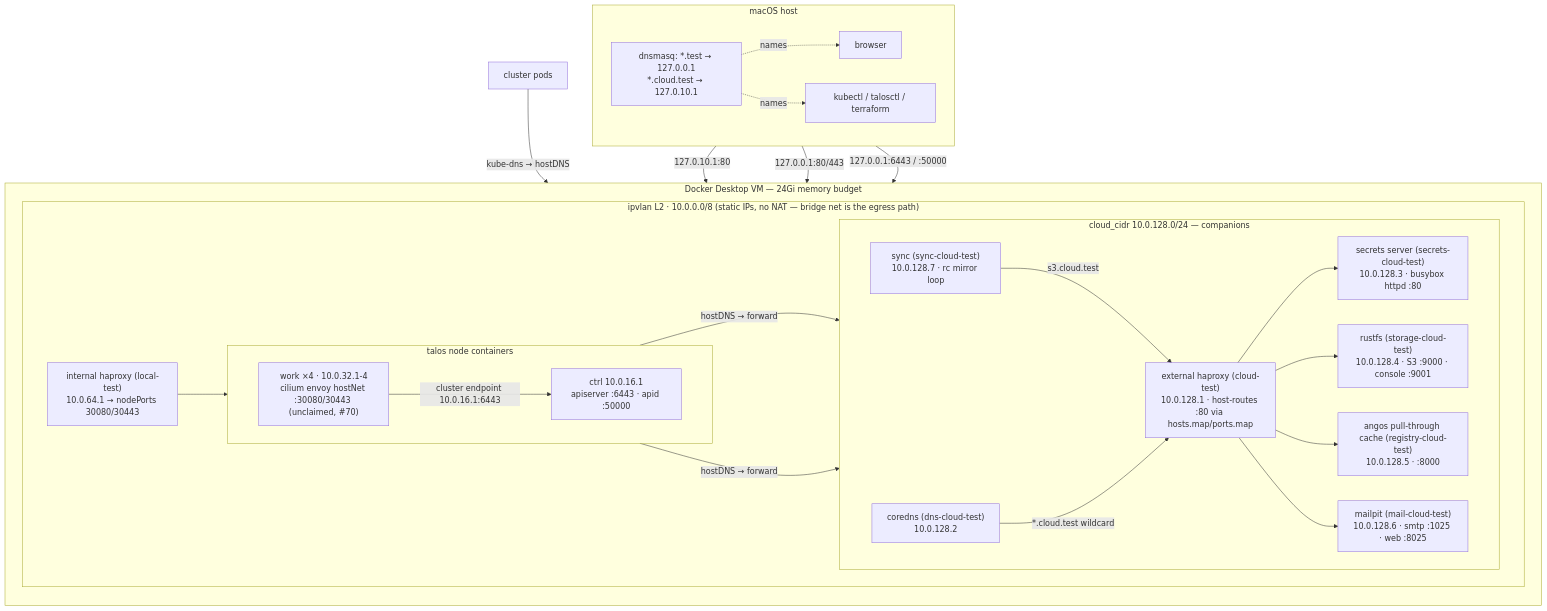
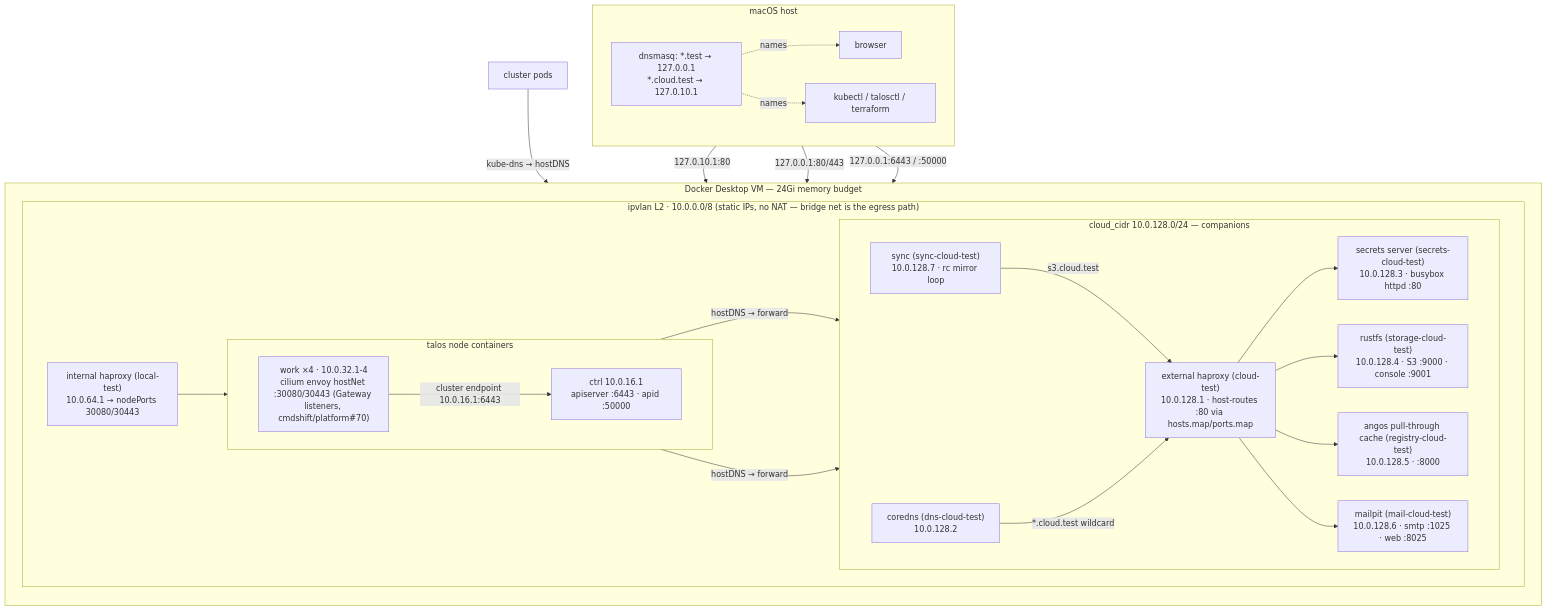
The diagram in cluster/local/ARCHITECTURE.md (cmdshift/platform), drawn with Mermaid before and after one commit. The commit also changed other lines of this file and 17 other files, not shown here.

Commit message:
docs: gateway-api ingress live, machine-config iteration, tool expectations (cmdshift/platform#70, #73)

````diff
--- a/cluster/local/ARCHITECTURE.md
+++ b/cluster/local/ARCHITECTURE.md
@@ -7,44 +7,44 @@
 ```mermaid
 flowchart TB
   subgraph host["macOS host"]
     direction LR
     BR["browser"]
     KC["kubectl / talosctl / terraform"]
     DNSMASQ["dnsmasq: *.test → 127.0.0.1\n*.cloud.test → 127.0.10.1"]
   end
 
   subgraph vm["Docker Desktop VM — 24Gi memory budget"]
     direction TB
     subgraph iv["ipvlan L2 · 10.0.0.0/8 (static IPs, no NAT — bridge net is the egress path)"]
       direction LR
       subgraph cloud["cloud_cidr 10.0.128.0/24 — companions"]
         direction LR
         X["external haproxy (cloud-test)\n10.0.128.1 · host-routes :80 via hosts.map/ports.map"]
         CD["coredns (dns-cloud-test)\n10.0.128.2"]
         SE["secrets server (secrets-cloud-test)\n10.0.128.3 · busybox httpd :80"]
         RU["rustfs (storage-cloud-test)\n10.0.128.4 · S3 :9000 · console :9001"]
         AN["angos pull-through cache (registry-cloud-test)\n10.0.128.5 · :8000"]
         MP["mailpit (mail-cloud-test)\n10.0.128.6 · smtp :1025 · web :8025"]
         SY["sync (sync-cloud-test)\n10.0.128.7 · rc mirror loop"]
       end
       subgraph nodes["talos node containers"]
         direction LR
         CP["ctrl 10.0.16.1\napiserver :6443 · apid :50000"]
-        WK["work ×4 · 10.0.32.1-4\ncilium envoy hostNet :30080/30443 (unclaimed, #70)"]
+        WK["work ×4 · 10.0.32.1-4\ncilium envoy hostNet :30080/30443 (Gateway listeners, cmdshift/platform#70)"]
       end
       LB["internal haproxy (local-test)\n10.0.64.1 → nodePorts 30080/30443"]
     end
   end
 
   DNSMASQ -. names .-> BR & KC
   BR -- "127.0.10.1:80" --> X
   BR -- "127.0.0.1:80/443" --> LB
   KC -- "127.0.0.1:6443 / :50000" --> CP
   X --> SE & RU & AN & MP
   LB --> WK
   WK -- "cluster endpoint 10.0.16.1:6443" --> CP
   SY -- "s3.cloud.test" --> X
   WK & CP -- "hostDNS → forward" --> CD
   CD -- "*.cloud.test wildcard" --> X
   pods["cluster pods"] -- "kube-dns → hostDNS" --> CD
 ```
````
